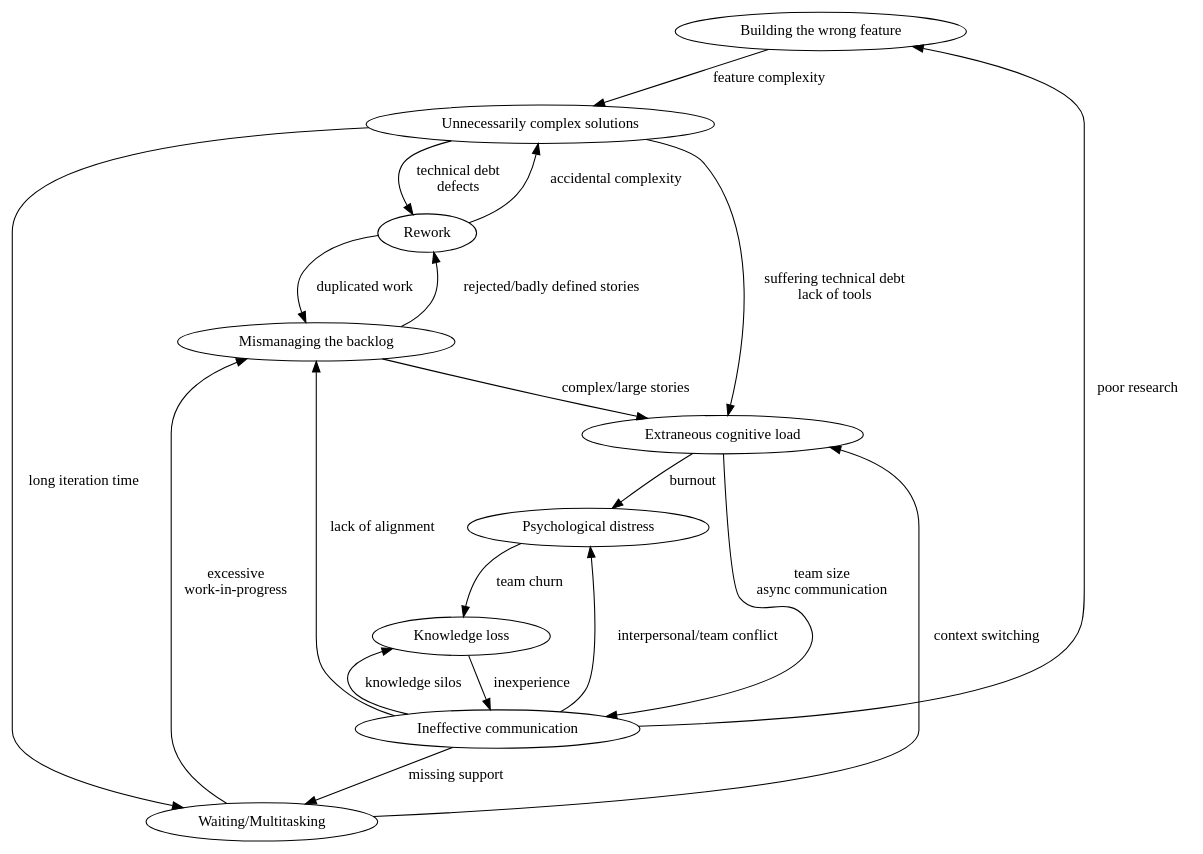
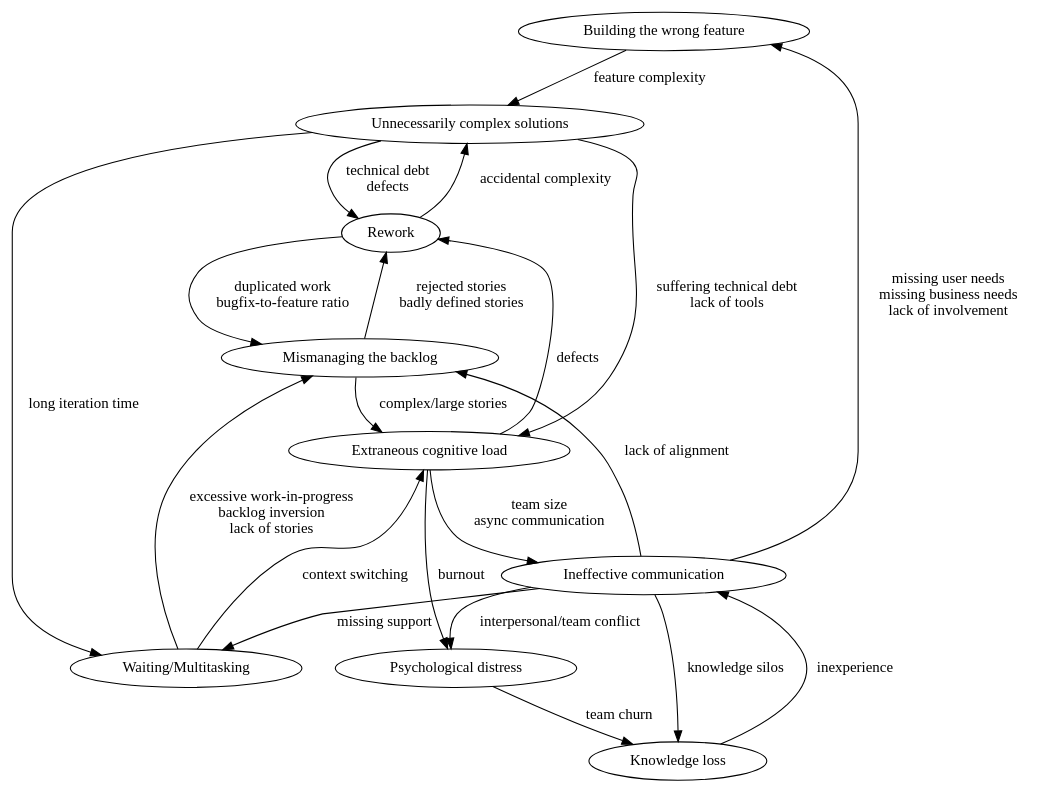
One commit to hcarvalhoalves/software-development-waste changed the diagram in waste.org. Above: the diagram before and after it, drawn with Graphviz. The commit also changed other lines of this file and 2 other files, not shown here.

```diff
--- a/waste.org
+++ b/waste.org
@@ -21,33 +27,34 @@
 #+BEGIN_SRC dot :file relationships.svg :exports results
 digraph {
   1[label="Building the wrong feature"]
   2[label="Mismanaging the backlog"]
   3[label="Rework"]
   4[label="Unnecessarily complex solutions"]
   5[label="Extraneous cognitive load"]
   6[label="Psychological distress"]
   7[label="Waiting/Multitasking"]
   8[label="Knowledge loss"]
   9[label="Ineffective communication"]
 
   9 -> 2 [label="lack of alignment"]
   4 -> 5 [label="suffering technical debt\nlack of tools"]
   2 -> 5 [label="complex/large stories"]
   5 -> 6 [label="burnout"]
   6 -> 8 [label="team churn"]
   9 -> 8 [label="knowledge silos"]
   8 -> 9 [label="inexperience"]
   4 -> 7 [label="long iteration time"]
-  7 -> 2 [label="excessive\nwork-in-progress"]
+  7 -> 2 [label="excessive work-in-progress\nbacklog inversion\nlack of stories"]
   3 -> 4 [label="accidental complexity"]
   4 -> 3 [label="technical debt\ndefects"]
+  5 -> 3 [label="defects"]
   7 -> 5 [label="context switching"]
   5 -> 9 [label="team size\nasync communication"]
-  2 -> 3 [label="rejected/badly defined stories"]
-  3 -> 2 [label="duplicated work"]
-  9 -> 1 [label="poor research"]
+  2 -> 3 [label="rejected stories\nbadly defined stories"]
+  3 -> 2 [label="duplicated work\nbugfix-to-feature ratio"]
+  9 -> 1 [label="missing user needs\nmissing business needs\nlack of involvement"]
   9 -> 6 [label="interpersonal/team conflict"]
   1 -> 4 [label="feature complexity"]
   9 -> 7 [label="missing support"]
 }
 #+END_SRC
```
